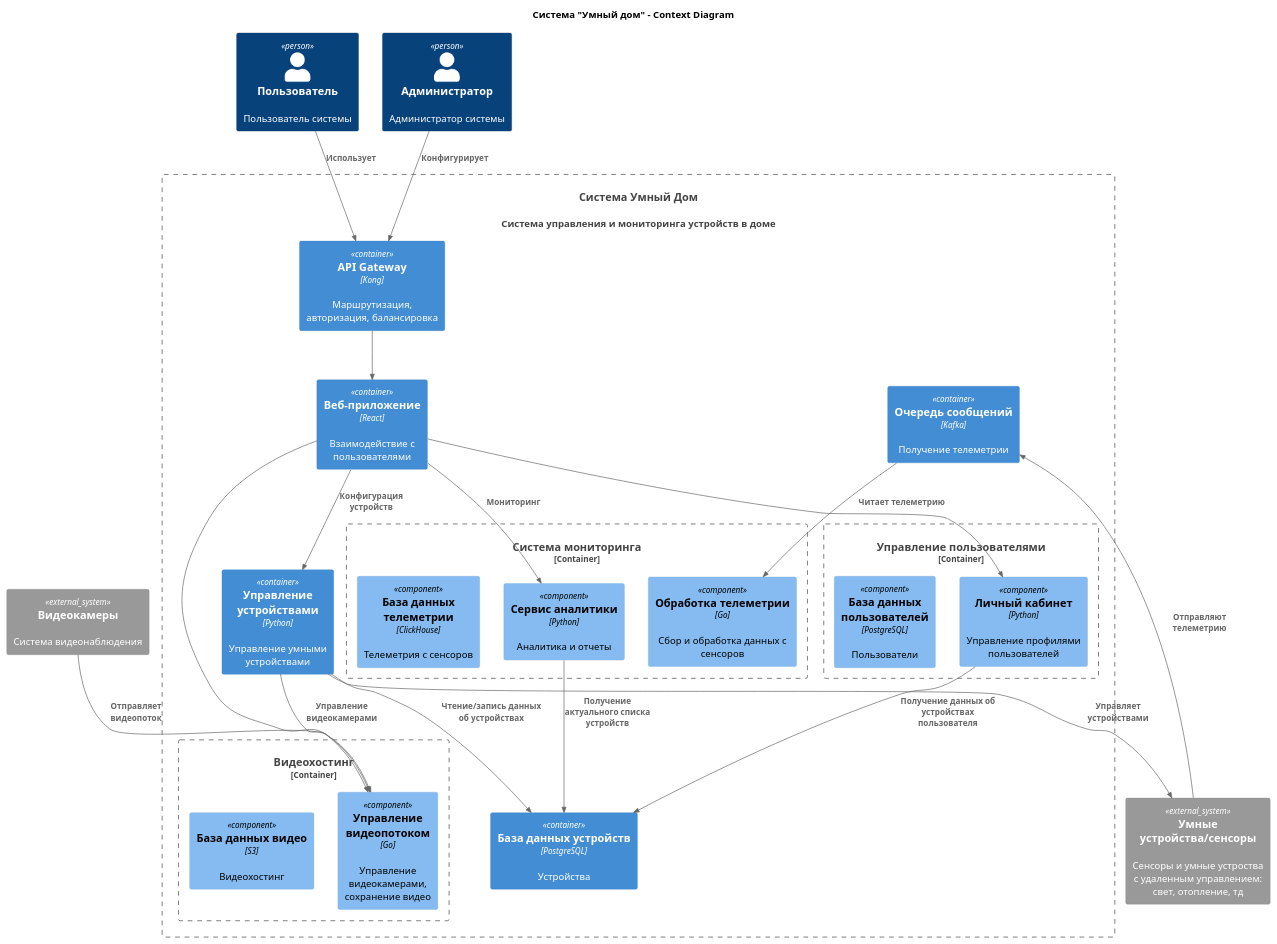
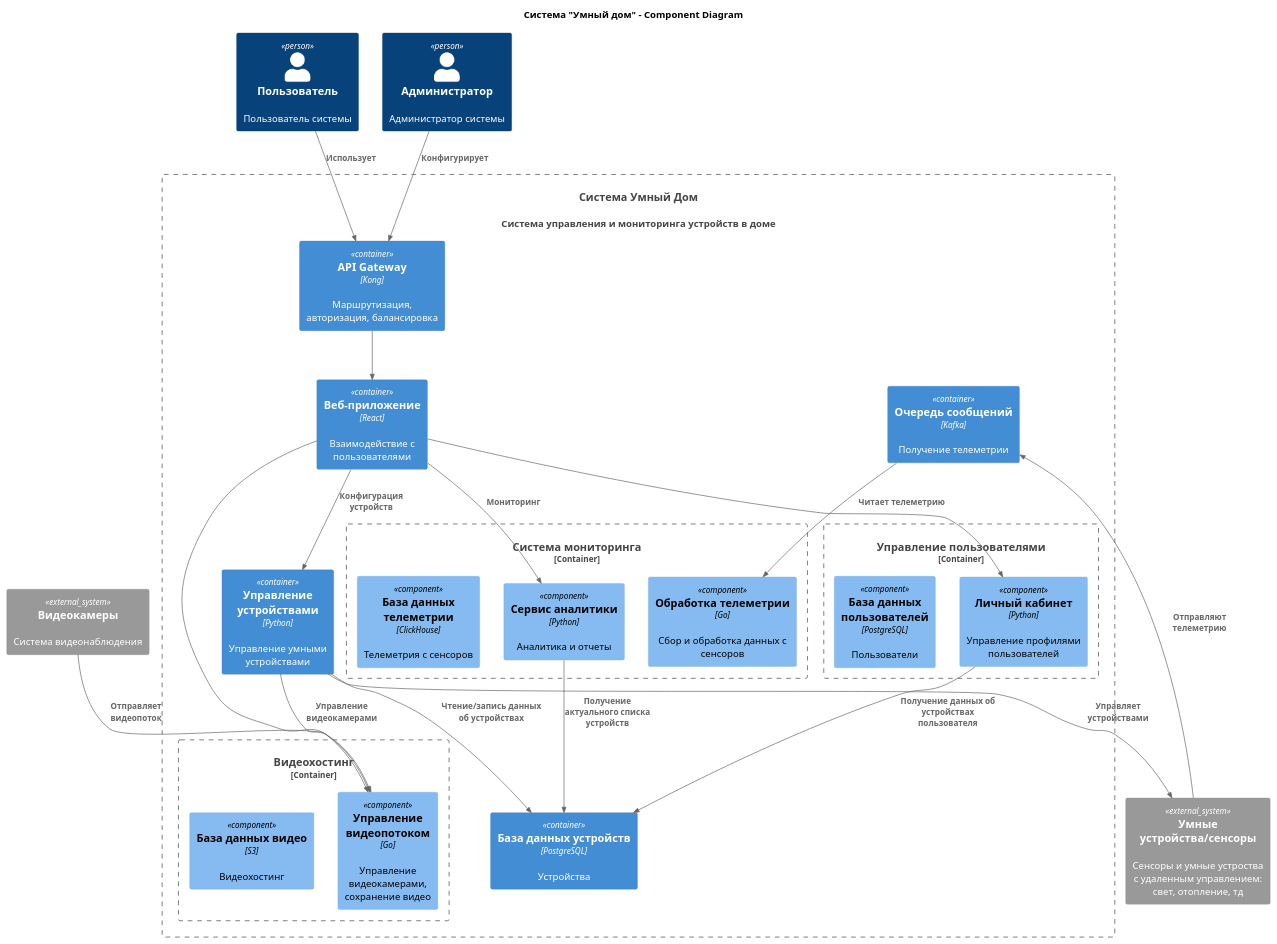
Before and after one commit to roman-timo/architecture-sprint-3: the diagram in C4/SH_Component.puml, drawn with PlantUML.

```diff
--- a/C4/SH_Component.puml
+++ b/C4/SH_Component.puml
@@ -1,53 +1,53 @@
 @startuml
-title Система "Умный дом" - Context Diagram
+title Система "Умный дом" - Component Diagram
 
 top to bottom direction
 
 !includeurl https://raw.githubusercontent.com/RicardoNiepel/C4-PlantUML/master/C4_Component.puml
 
 Person(user, "Пользователь", "Пользователь системы")
 Person(admin, "Администратор", "Администратор системы")
 System(SmartHouse, "Система Умный Дом", "Система управления и мониторинга устройств в доме")
 
 Container_Boundary(SmartHouse, "Система Умный Дом") {
   Container(WebApp, "Веб-приложение", "React", "Взаимодействие с пользователями")
   Container_Boundary(UserManagement, "Управление пользователями") {
     Component(UserProfile, "Личный кабинет", "Python", "Управление профилями пользователей")
     Component(UserDB, "База данных пользователей", "PostgreSQL", "Пользователи")
   }
   Container_Boundary(VideoService, "Видеохостинг") {
     Component(VideoManager, "Управление видеопотоком", "Go", "Управление видеокамерами, сохранение видео")
     Component(VideoDB, "База данных видео", "S3", "Видеохостинг")
   }
   Container_Boundary(Telemetry, "Система мониторинга") {
     Component(Processing, "Обработка телеметрии", "Go", "Сбор и обработка данных с сенсоров")
     Component(Analytics, "Сервис аналитики", "Python", "Аналитика и отчеты")
     Component(TelemetryDB, "База данных телеметрии", "ClickHouse", "Телеметрия с сенсоров")
   }
   Container(DeviceManagement, "Управление устройствами", "Python", "Управление умными устройствами")
   Container(DeviceDB, "База данных устройств", "PostgreSQL", "Устройства")
   Container(APIGateway, "API Gateway", "Kong", "Маршрутизация, авторизация, балансировка")
   Container(Kafka, "Очередь сообщений", "Kafka", "Получение телеметрии")
 }
 
 
 System_Ext(SmartDevices, "Умные устройства/сенсоры", "Сенсоры и умные устроства с удаленным управлением: свет, отопление, тд")
 System_Ext(video, "Видеокамеры", "Система видеонаблюдения")
 
 Rel(user, APIGateway, "Использует")
 Rel(admin, APIGateway, "Конфигурирует")
 Rel(APIGateway, WebApp, "")
 Rel(WebApp, UserProfile, "")
 Rel(WebApp, DeviceManagement, "Конфигурация устройств")
 Rel(WebApp, Analytics, "Мониторинг")
 Rel(WebApp, VideoManager, "")
 Rel(DeviceManagement, SmartDevices, "Управляет устройствами")
 Rel(UserProfile, DeviceDB, "Получение данных об устройствах пользователя")
 Rel(DeviceManagement, DeviceDB, "Чтение/запись данных об устройствах")
 Rel(Analytics, DeviceDB, "Получение актуального списка устройств")
 Rel(SmartDevices, Kafka,"Отправляют телеметрию")
 Rel(Kafka, Processing, "Читает телеметрию")
 Rel(video, VideoManager,"Отправляет видеопоток")
 Rel(DeviceManagement, VideoManager,"Управление видеокамерами")
 
 @enduml
```
